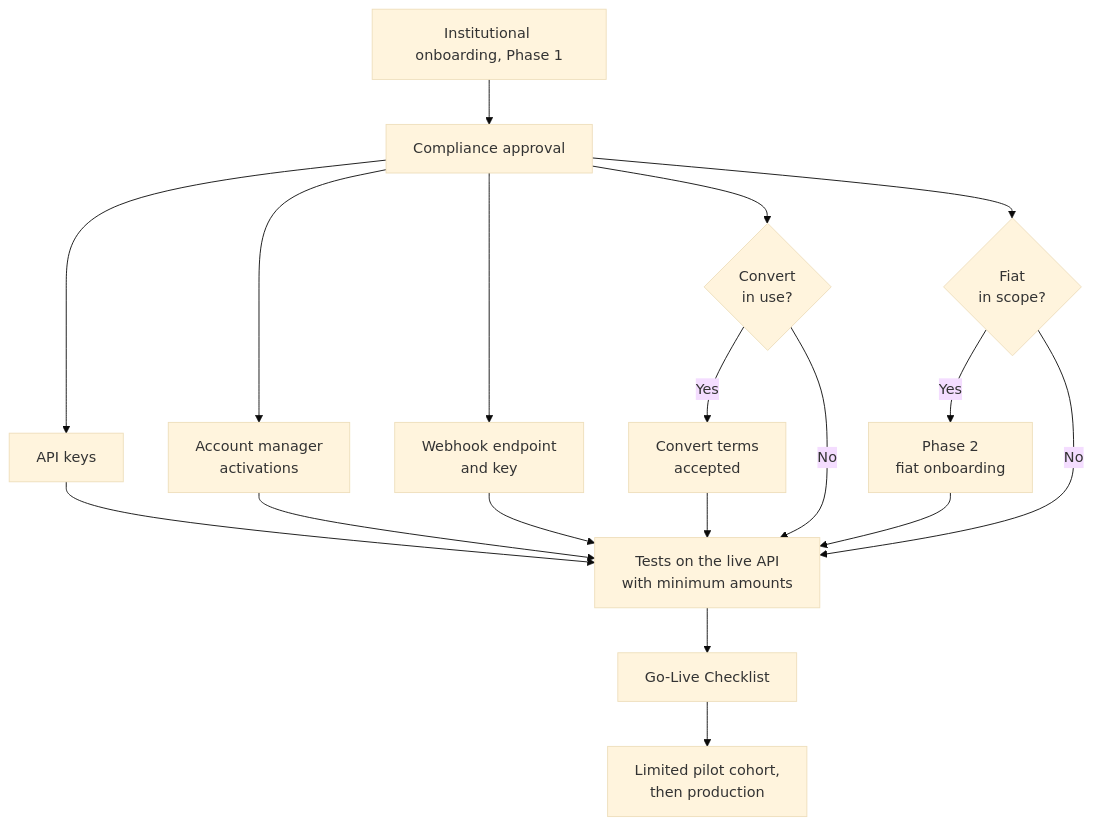
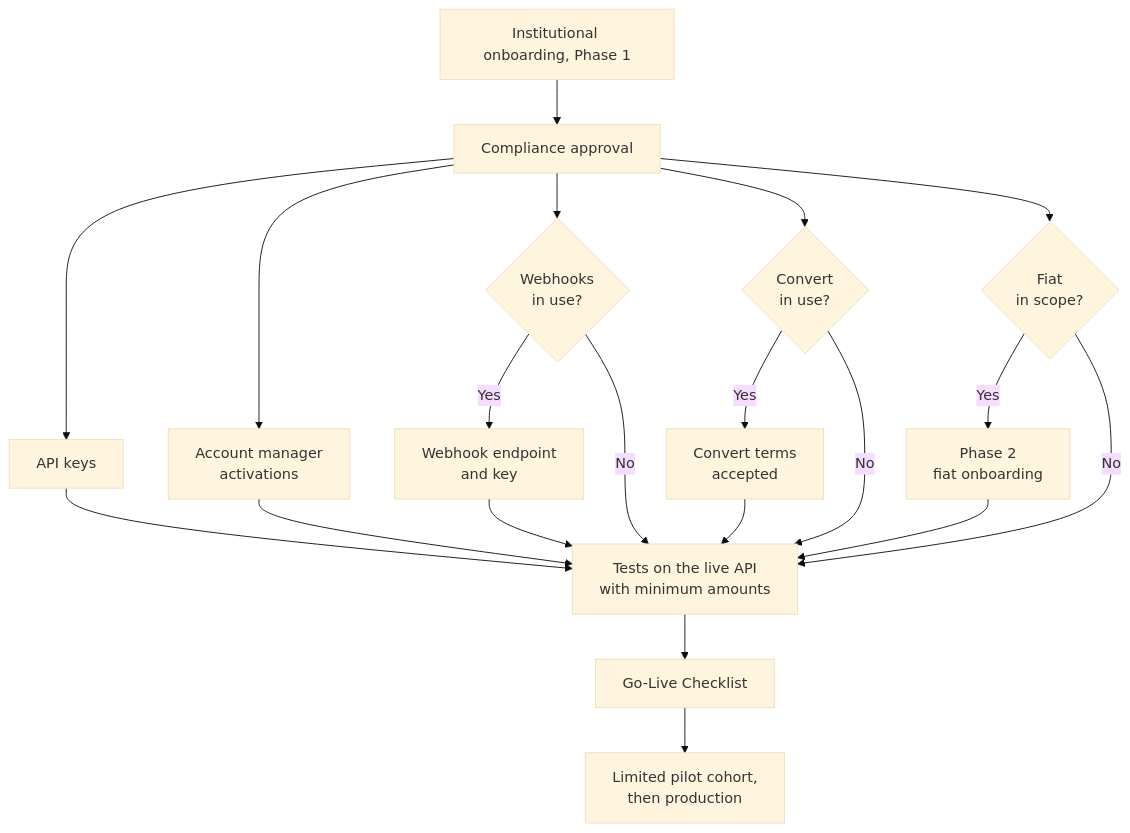
One commit to whitebit-exchange/docs changed the first of 4 diagrams in guides/caas-integration.mdx. Above: the diagram before and after it, drawn with Mermaid (base theme). The commit also changed other lines of this file and 6 other files, not shown here.

````diff
--- a/guides/caas-integration.mdx
+++ b/guides/caas-integration.mdx
@@ -45,20 +47,22 @@
 ```mermaid
 flowchart TB
     Onb["Institutional onboarding, Phase 1"] --> Approved["Compliance approval"]
     Approved --> Keys["API keys"]
     Approved --> AM["Account manager<br/>activations"]
-    Approved --> Hooks["Webhook endpoint<br/>and key"]
+    Approved --> HooksQ{"Webhooks<br/>in use?"}
+    HooksQ -->|"Yes"| Hooks["Webhook endpoint<br/>and key"]
+    HooksQ -->|"No"| Test
     Approved --> ConvQ{"Convert<br/>in use?"}
     Approved --> FiatQ{"Fiat<br/>in scope?"}
     ConvQ -->|"Yes"| Terms["Convert terms<br/>accepted"]
     FiatQ -->|"Yes"| Phase2["Phase 2<br/>fiat onboarding"]
     Keys --> Test["Tests on the live API<br/>with minimum amounts"]
     AM --> Test
     Hooks --> Test
     Terms --> Test
     Phase2 --> Test
     ConvQ -->|"No"| Test
     FiatQ -->|"No"| Test
     Test --> GoLive["Go-Live Checklist"]
     GoLive --> Pilot["Limited pilot cohort,<br/>then production"]
 ```
````
